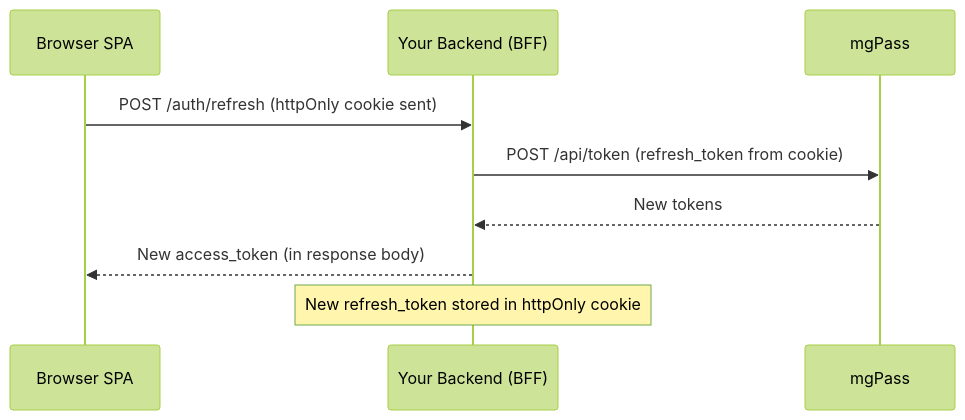
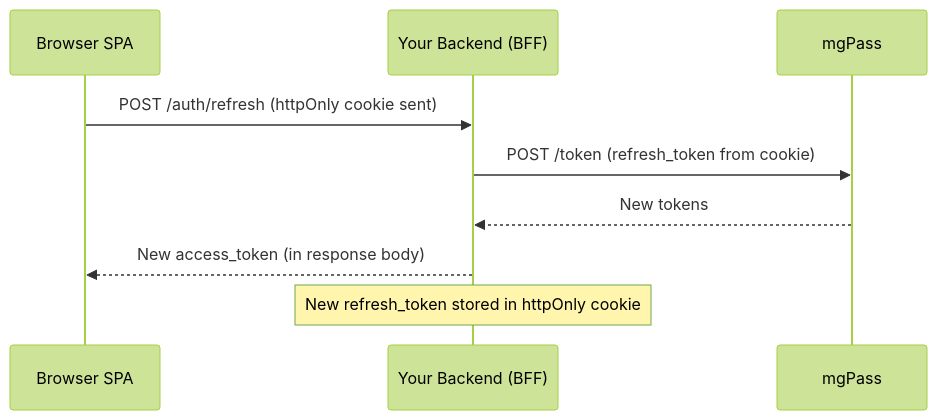
The fourth of 4 diagrams in guides/token-refresh.mdx (mgdmdev/docs), drawn with Mermaid (forest theme) before and after one commit. The commit also changed other lines of this file and 7 other files, not shown here.

First line of the commit message:
docs: fix OIDC endpoint paths (/token not /api/token) + auth/logout/SSO behavior

````diff
--- a/guides/token-refresh.mdx
+++ b/guides/token-refresh.mdx
@@ -332,12 +332,12 @@
 ```mermaid
 sequenceDiagram
     participant SPA as Browser SPA
     participant BFF as Your Backend (BFF)
     participant Auth as mgPass
 
     SPA->>BFF: POST /auth/refresh (httpOnly cookie sent)
-    BFF->>Auth: POST /api/token (refresh_token from cookie)
+    BFF->>Auth: POST /token (refresh_token from cookie)
     Auth-->>BFF: New tokens
     BFF-->>SPA: New access_token (in response body)
     Note over BFF: New refresh_token stored in httpOnly cookie
 ```
````
